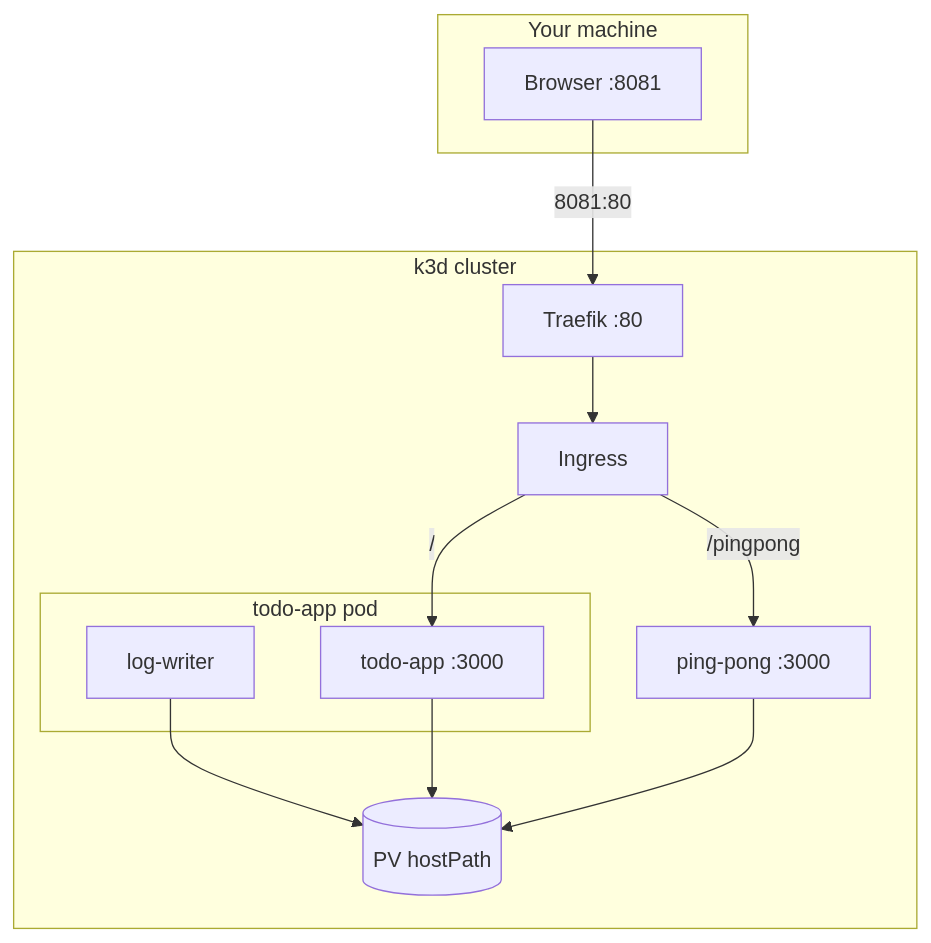
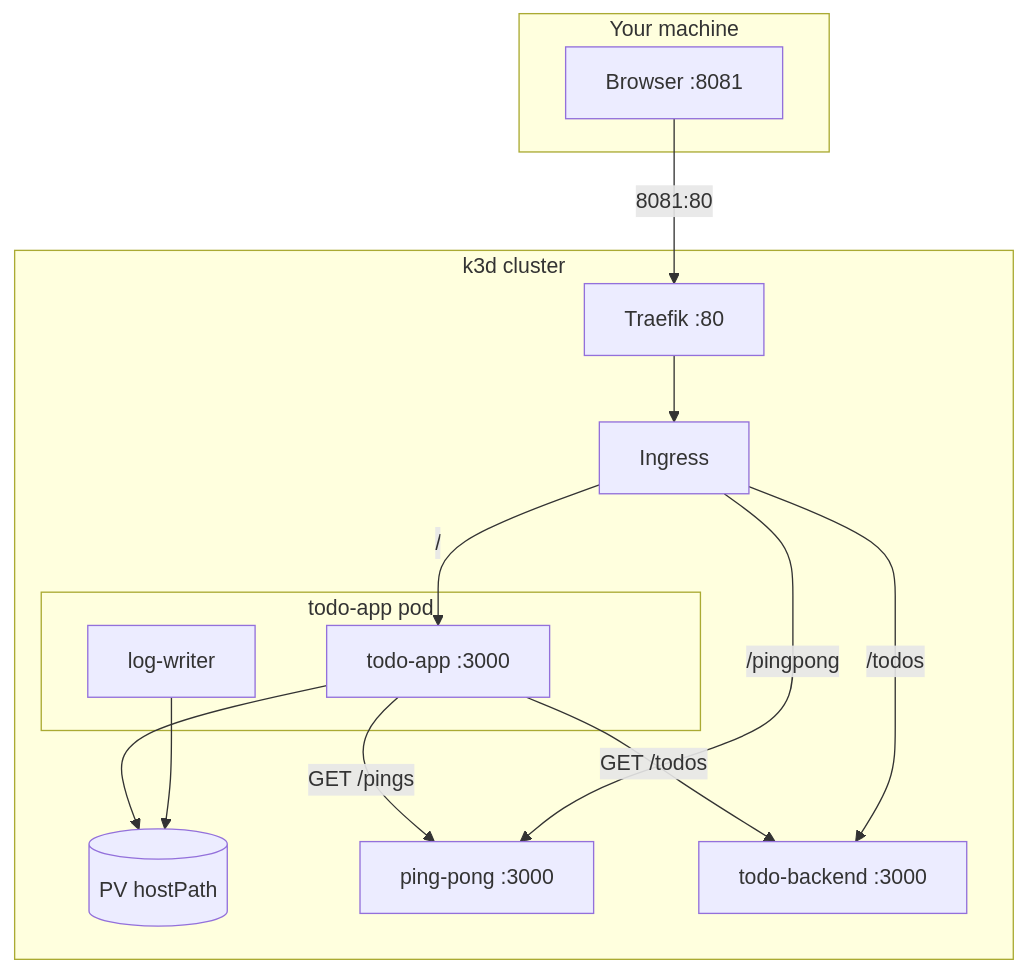
The diagram in README.md (wmahad/k8s-hands-on), drawn with Mermaid before and after one commit. The commit also changed other lines of this file and 13 other files, not shown here.

Commit message:
feat: add todo-backend and fetch pings over HTTP

````diff
--- a/README.md
+++ b/README.md
@@ -11,24 +13,27 @@
 ```mermaid
 flowchart TB
   subgraph host [Your machine]
     B[Browser :8081]
   end
 
   subgraph k3d [k3d cluster]
     T[Traefik :80]
     IG[Ingress]
     PV[(PV hostPath)]
     subgraph tapod [todo-app pod]
       W[log-writer]
       TA[todo-app :3000]
     end
     PP[ping-pong :3000]
+    TB[todo-backend :3000]
   end
 
   B -->|8081:80| T --> IG
   IG -->|"/pingpong"| PP
+  IG -->|"/todos"| TB
   IG -->|"/"| TA
+  TA -->|"GET /todos"| TB
+  TA -->|"GET /pings"| PP
   W --> PV
   TA --> PV
-  PP --> PV
 ```
````
